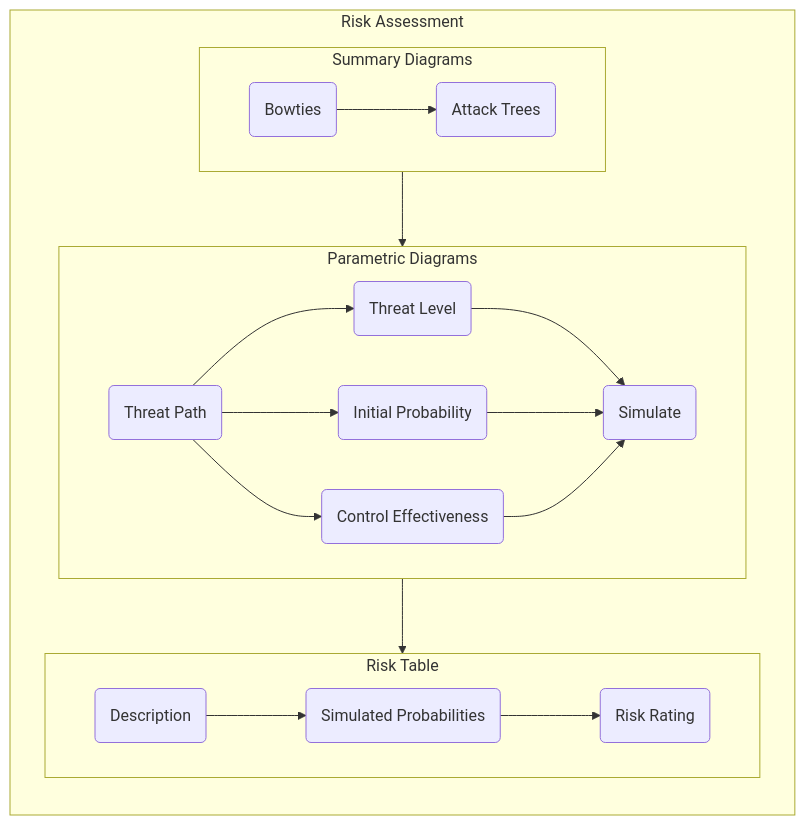
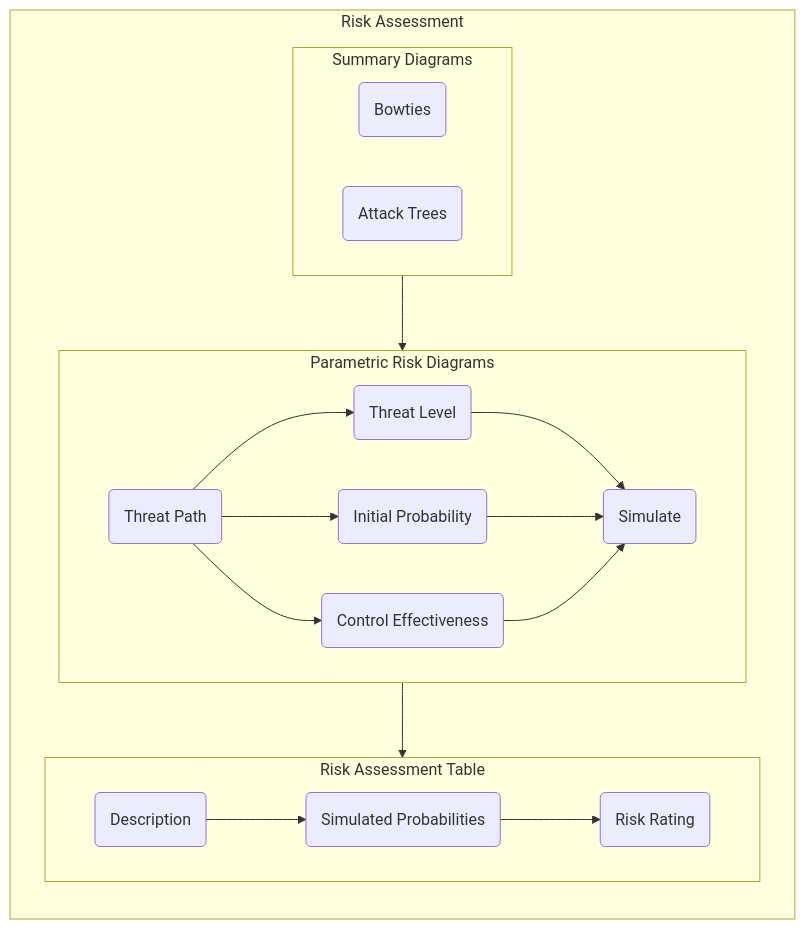
The fourth of 4 diagrams in README.md (stuartfowler/CEMT), drawn with Mermaid before and after one commit. The commit also changed other lines of this file and 23 other files, not shown here.

````diff
--- a/README.md
+++ b/README.md
@@ -176,31 +177,32 @@
 ```mermaid
 flowchart TB
   subgraph RA["Risk Assessment"]
     direction TB
     subgraph 6["Summary Diagrams"]
-      6a("Bowties") --> 6b("Attack Trees")
+      6a("Bowties")
+      6b("Attack Trees")
     end
-    subgraph 7["Parametric Diagrams"]
+    subgraph 7["Parametric Risk Diagrams"]
       7a("Threat Path") --> 7b("Threat Level") --> 7e("Simulate")
       7a --> 7c("Initial Probability") --> 7e
       7a --> 7d("Control Effectiveness") --> 7e
     end
-    subgraph 8["Risk Table"]
+    subgraph 8["Risk Assessment Table"]
       8a("Description") --> 8b("Simulated Probabilities") --> 8c("Risk Rating")
     end
     6 --> 7 --> 8
   end
   
   click 6a "https://github.com/stuartfowler/CEMT/blob/main/Documentation/risk.md#summary-diagrams" "Summary Diagrams"
   click 6b "https://github.com/stuartfowler/CEMT/blob/main/Documentation/risk.md#summary-diagrams" "Summary Diagrams"
 
-  click 7a "https://github.com/stuartfowler/CEMT/blob/main/Documentation/risk.md#parametric-diagrams" "Parametric Diagrams"
-  click 7b "https://github.com/stuartfowler/CEMT/blob/main/Documentation/risk.md#parametric-diagrams" "Parametric Diagrams"
-  click 7c "https://github.com/stuartfowler/CEMT/blob/main/Documentation/risk.md#parametric-diagrams" "Parametric Diagrams"
-  click 7d "https://github.com/stuartfowler/CEMT/blob/main/Documentation/risk.md#parametric-diagrams" "Parametric Diagrams"
-  click 7e "https://github.com/stuartfowler/CEMT/blob/main/Documentation/risk.md#parametric-diagrams" "Parametric Diagrams"
+  click 7a "https://github.com/stuartfowler/CEMT/blob/main/Documentation/risk.md#parametric-risk-diagrams" "Parametric Diagrams"
+  click 7b "https://github.com/stuartfowler/CEMT/blob/main/Documentation/risk.md#parametric-risk-diagrams" "Parametric Diagrams"
+  click 7c "https://github.com/stuartfowler/CEMT/blob/main/Documentation/risk.md#parametric-risk-diagrams" "Parametric Diagrams"
+  click 7d "https://github.com/stuartfowler/CEMT/blob/main/Documentation/risk.md#parametric-risk-diagrams" "Parametric Diagrams"
+  click 7e "https://github.com/stuartfowler/CEMT/blob/main/Documentation/risk.md#parametric-risk-diagrams" "Parametric Diagrams"
 
-  click 8a "https://github.com/stuartfowler/CEMT/blob/main/Documentation/risk.md#risk-table" "Risk Table"
-  click 8b "https://github.com/stuartfowler/CEMT/blob/main/Documentation/risk.md#risk-table" "Risk Table"
-  click 8c "https://github.com/stuartfowler/CEMT/blob/main/Documentation/risk.md#risk-table" "Risk Table"
+  click 8a "https://github.com/stuartfowler/CEMT/blob/main/Documentation/risk.md#risk-assessment-table" "Risk Table"
+  click 8b "https://github.com/stuartfowler/CEMT/blob/main/Documentation/risk.md#risk-assessment-table" "Risk Table"
+  click 8c "https://github.com/stuartfowler/CEMT/blob/main/Documentation/risk.md#risk-assessment-table" "Risk Table"
 ```
````
